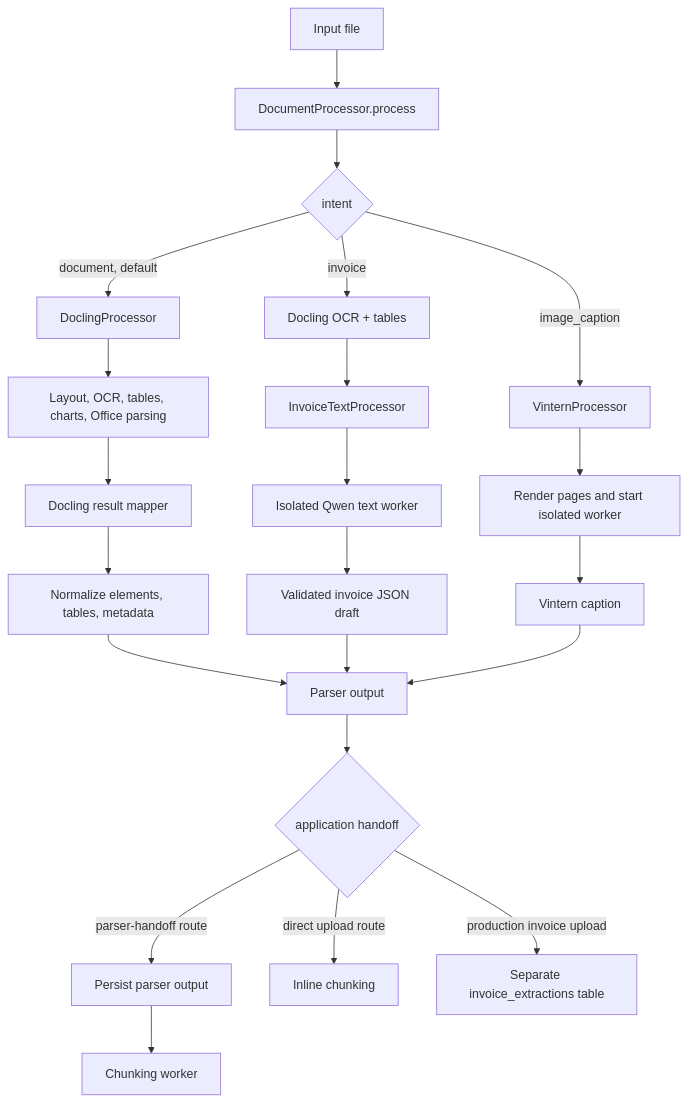
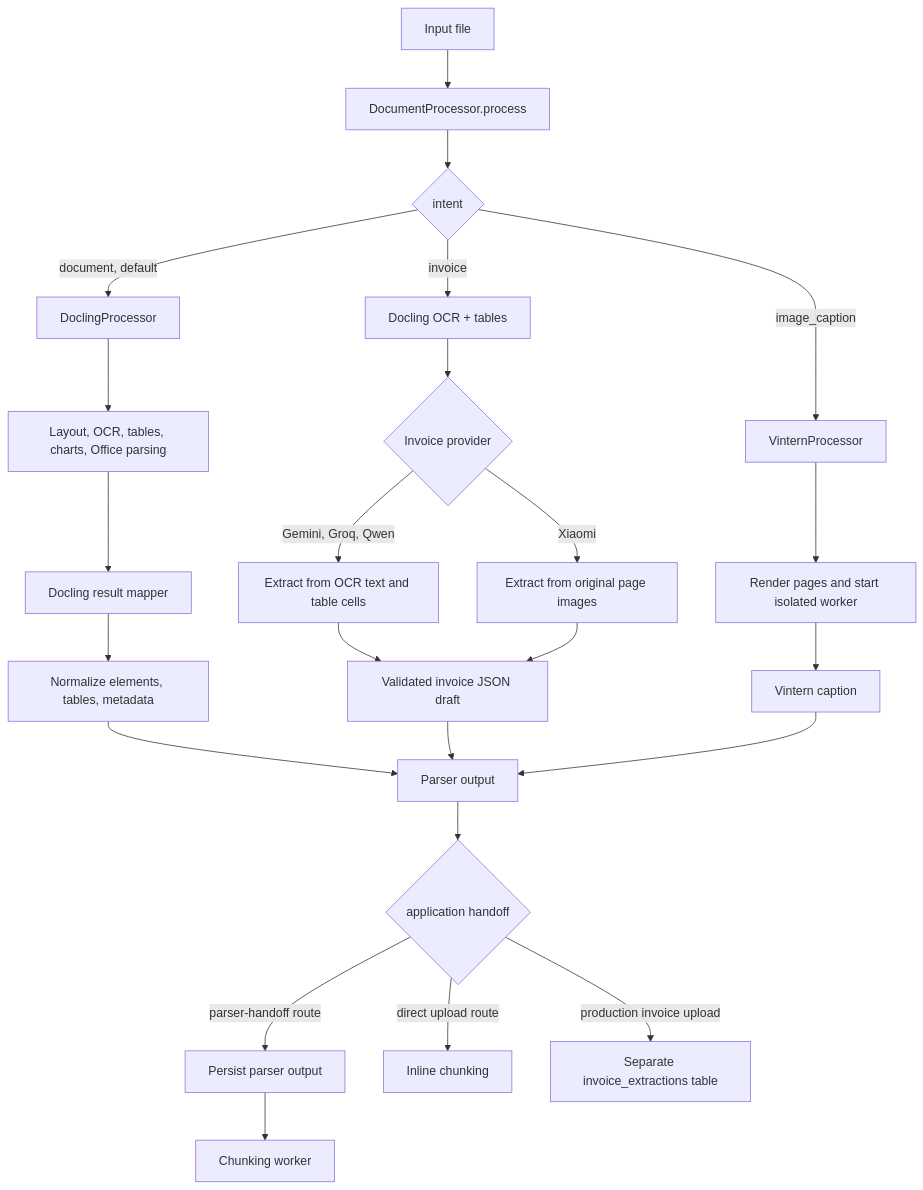
Before and after one commit to Lenhan231/enterprise-knowledge-ai-agent: the diagram in src/document_processing/docs/architecture.md, drawn with Mermaid. The commit also changed other lines of this file and 23 other files, not shown here.

````diff
--- a/src/document_processing/docs/architecture.md
+++ b/src/document_processing/docs/architecture.md
@@ -9,24 +9,26 @@
 ```mermaid
 flowchart TD
     A[Input file] --> B[DocumentProcessor.process]
     B --> C{intent}
     C -->|document, default| D[DoclingProcessor]
     D --> E[Layout, OCR, tables, charts, Office parsing]
     E --> F[Docling result mapper]
     F --> G[Normalize elements, tables, metadata]
     C -->|invoice| H[Docling OCR + tables]
-    H --> I[InvoiceTextProcessor]
-    I --> J[Isolated Qwen text worker]
+    H --> I{Invoice provider}
+    I -->|Gemini, Groq, Qwen| J[Extract from OCR text and table cells]
+    I -->|Xiaomi| Y[Extract from original page images]
     J --> K[Validated invoice JSON draft]
+    Y --> K
     C -->|image_caption| V[VinternProcessor]
     V --> W[Render pages and start isolated worker]
     W --> X[Vintern caption]
     G --> L[Parser output]
     K --> L
     X --> L
     L --> M{application handoff}
     M -->|parser-handoff route| N[Persist parser output]
     N --> O[Chunking worker]
     M -->|direct upload route| P[Inline chunking]
     M -->|production invoice upload| Q[Separate invoice_extractions table]
 ```
````
